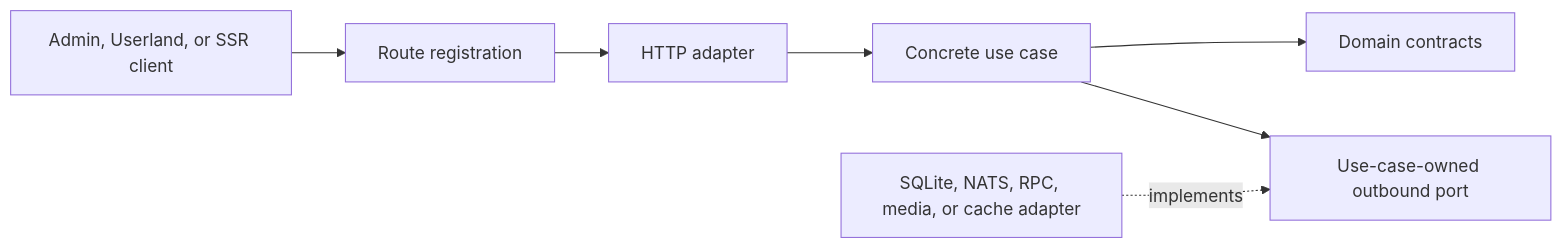
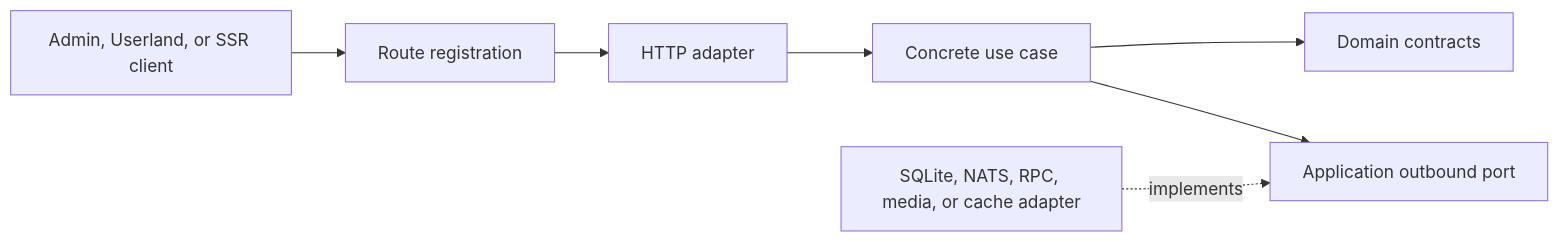
The diagram in docs/backend/01-api-and-application-architecture.md (d347h-eth/artgod), drawn with Mermaid before and after one commit. The commit also changed other lines of this file and 40 other files, not shown here.

````diff
--- a/docs/backend/01-api-and-application-architecture.md
+++ b/docs/backend/01-api-and-application-architecture.md
@@ -9,15 +9,15 @@
 ```mermaid
 flowchart LR
     Client[Admin, Userland, or SSR client]
     Route[Route registration]
     Http[HTTP adapter]
     UseCase[Concrete use case]
     Domain[Domain contracts]
-    Port[Use-case-owned outbound port]
+    Port[Application outbound port]
     Adapter[SQLite, NATS, RPC, media, or cache adapter]
 
     Client --> Route --> Http --> UseCase
     UseCase --> Domain
     UseCase --> Port
     Adapter -. implements .-> Port
 ```
````
